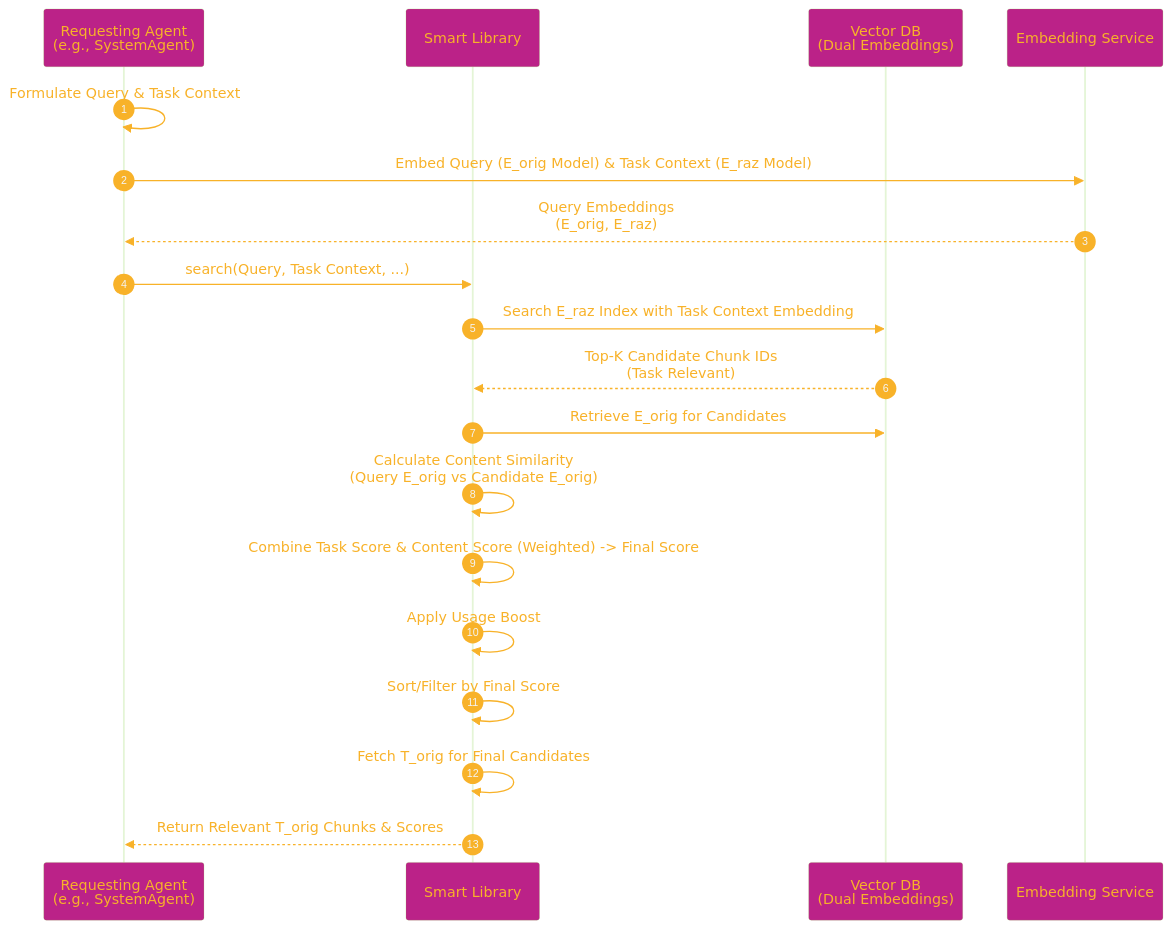
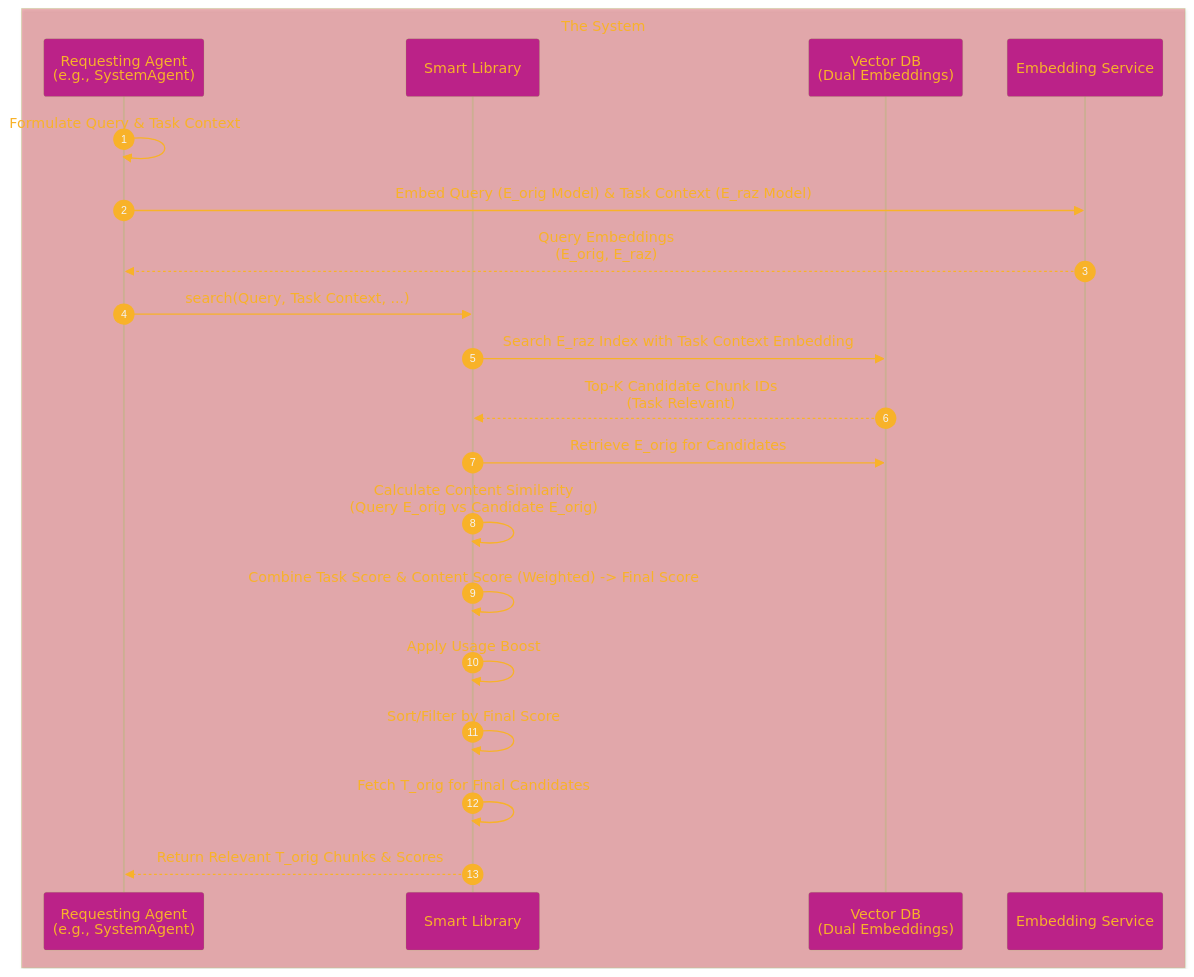
One commit to CongLeSolutionX/matiasmolinas_evolving-agents changed the sixth of 8 diagrams in docs/ARCHITECTURE.md. Above: the diagram before and after it, drawn with Mermaid. The commit also changed other lines of this file, not shown here.

````diff
--- a/docs/ARCHITECTURE.md
+++ b/docs/ARCHITECTURE.md
@@ -368,50 +370,52 @@
 ```mermaid
 ---
 author: "Cong Le"
 version: "1.0"
 license(s): "MIT, CC BY 4.0"
 config:
   theme: base
 ---
 %%%%%%%% Mermaid version v11.4.1-b.14
 %%%%%%%% Available curve styles include the following keywords:
 %% basis, bumpX, bumpY, cardinal, catmullRom, linear, monotoneX, monotoneY, natural, step, stepAfter, stepBefore.
 %%{
   init: {
     'sequenceDiagram': { 'htmlLabels': false},
     'fontFamily': 'verdana',
     'themeVariables': {
       'primaryColor': '#B28',
       'primaryTextColor': '#F8B229',
       'primaryBorderColor': '#7C33',
       'secondaryColor': '#0615'
     }
   }
 }%%
 sequenceDiagram
     autonumber
 
-    participant Agent as Requesting Agent<br/>(e.g., SystemAgent)
-    participant SL as Smart Library
-    participant VDB as Vector DB<br/>(Dual Embeddings)
-    participant LLM_Emb as Embedding Service
+    box rgb(202, 12, 22, 0.3) The System
+        participant Agent as Requesting Agent<br/>(e.g., SystemAgent)
+        participant SL as Smart Library
+        participant VDB as Vector DB<br/>(Dual Embeddings)
+        participant LLM_Emb as Embedding Service
+    end
 
     Agent->>Agent: Formulate Query & Task Context
     Agent->>LLM_Emb: Embed Query (E_orig Model) & Task Context (E_raz Model)
     LLM_Emb-->>Agent: Query Embeddings<br/>(E_orig, E_raz)
 
     Agent->>SL: search(Query, Task Context, ...)
 
     SL->>VDB: Search E_raz Index with Task Context Embedding
     VDB-->>SL: Top-K Candidate Chunk IDs<br/>(Task Relevant)
 
     SL->>VDB: Retrieve E_orig for Candidates
     SL->>SL: Calculate Content Similarity<br/>(Query E_orig vs Candidate E_orig)
     SL->>SL: Combine Task Score & Content Score (Weighted) -> Final Score
     SL->>SL: Apply Usage Boost
     SL->>SL: Sort/Filter by Final Score
 
     SL->>SL: Fetch T_orig for Final Candidates
     SL-->>Agent: Return Relevant T_orig Chunks & Scores
 
 ```
````
